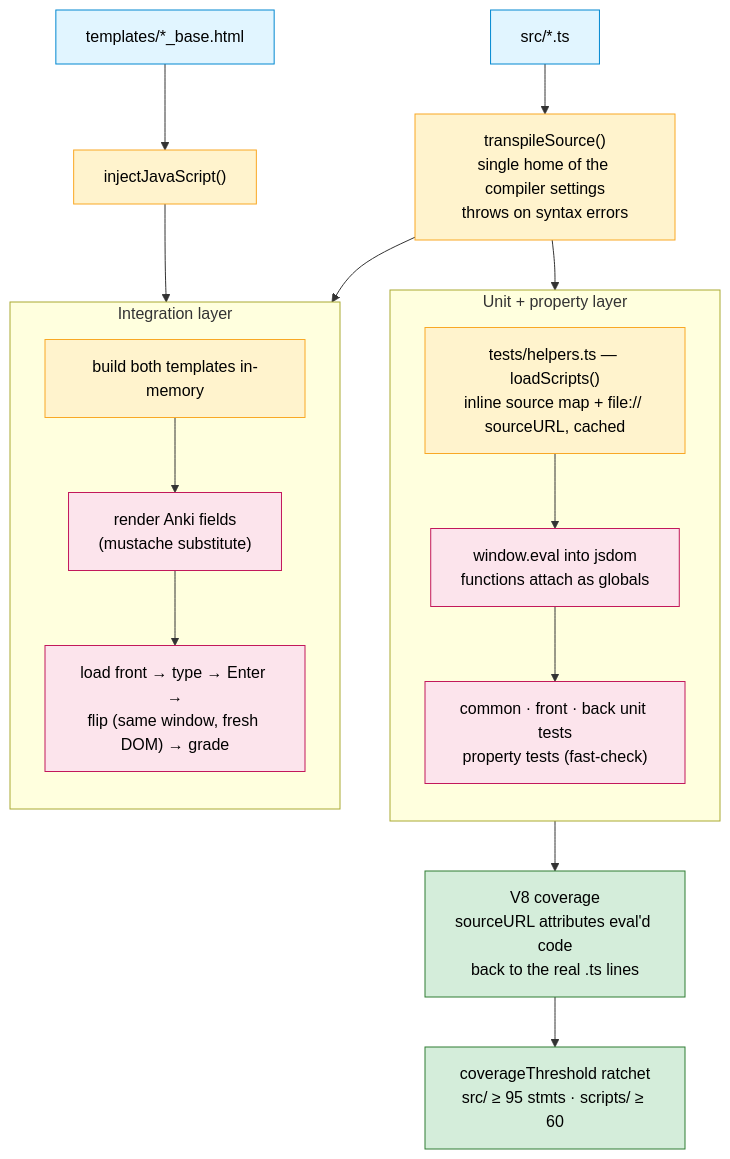
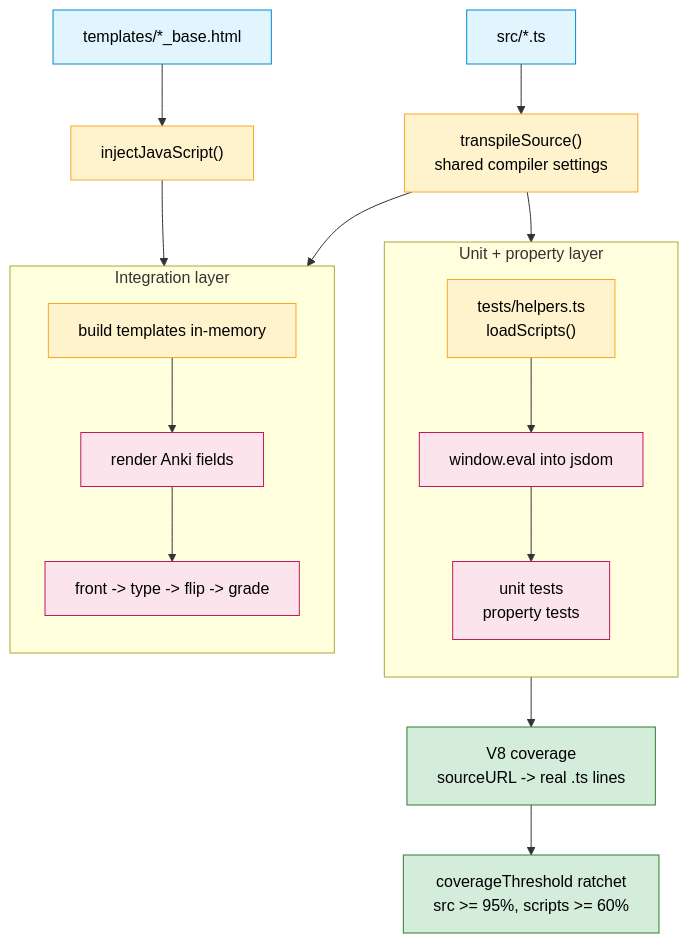
One commit to muhsinali/anki_templates changed the first of 2 diagrams in documentation/architecture-diagrams/07-test-and-ci.md. Above: the diagram before and after it, drawn with Mermaid. The commit also changed other lines of this file and 16 other files, not shown here.

````diff
--- a/documentation/architecture-diagrams/07-test-and-ci.md
+++ b/documentation/architecture-diagrams/07-test-and-ci.md
@@ -16,41 +16,48 @@
 ```mermaid
 flowchart TB
-    SRC["src/*.ts"]
-    TS["transpileSource()<br/>single home of the compiler settings<br/>throws on syntax errors"]
-    INJ["injectJavaScript()"]
-    BASE["templates/*_base.html"]
+    source_files["src/*.ts"]
+    transpiler["transpileSource()<br/>shared compiler settings"]
+    injector["injectJavaScript()"]
+    base_templates["templates/*_base.html"]
 
-    subgraph unit["Unit + property layer"]
+    subgraph unit_layer["Unit + property layer"]
         direction TB
-        HELP["tests/helpers.ts — loadScripts()<br/>inline source map + file:// sourceURL, cached"]
-        EVAL["window.eval into jsdom<br/>functions attach as globals"]
-        UT["common · front · back unit tests<br/>property tests (fast-check)"]
-        HELP --> EVAL --> UT
+        helper["tests/helpers.ts<br/>loadScripts()"]
+        eval_step["window.eval into jsdom"]
+        unit_tests["unit tests<br/>property tests"]
+
+        helper --> eval_step
+        eval_step --> unit_tests
     end
 
-    subgraph integ["Integration layer"]
+    subgraph integration_layer["Integration layer"]
         direction TB
-        MEM["build both templates in-memory"]
-        RENDER["render Anki fields<br/>(mustache substitute)"]
-        JOURNEY["load front → type → Enter →<br/>flip (same window, fresh DOM) → grade"]
-        MEM --> RENDER --> JOURNEY
+        memory_build["build templates in-memory"]
+        field_render["render Anki fields"]
+        card_journey["front -> type -> flip -> grade"]
+
+        memory_build --> field_render
+        field_render --> card_journey
     end
 
-    SRC --> TS
-    TS --> HELP
-    TS --> MEM
-    BASE --> INJ
-    INJ --> MEM
+    %% Both test layers use the build script's compiler settings.
+    source_files --> transpiler
+    transpiler --> helper
+    transpiler --> memory_build
+    base_templates --> injector
+    injector --> memory_build
 
-    UT --> COV["V8 coverage<br/>sourceURL attributes eval'd code<br/>back to the real .ts lines"]
-    COV --> GATE["coverageThreshold ratchet<br/>src/ ≥ 95 stmts · scripts/ ≥ 60"]
+    %% Coverage maps eval'd code back to the real TypeScript files.
+    unit_tests --> coverage["V8 coverage<br/>sourceURL -> real .ts lines"]
+    coverage --> threshold["coverageThreshold ratchet<br/>src >= 95%, scripts >= 60%"]
 
-    classDef in fill:#e1f5ff,stroke:#0288d1,color:#000;
-    classDef mid fill:#fff3cd,stroke:#f9a825,color:#000;
+    classDef input fill:#e1f5ff,stroke:#0288d1,color:#000;
+    classDef transform fill:#fff3cd,stroke:#f9a825,color:#000;
     classDef test fill:#fce4ec,stroke:#c2185b,color:#000;
-    classDef out fill:#d4edda,stroke:#2e7d32,color:#000;
-    class SRC,BASE in;
-    class TS,INJ,HELP,MEM mid;
-    class EVAL,UT,RENDER,JOURNEY test;
-    class COV,GATE out;
+    classDef gate fill:#d4edda,stroke:#2e7d32,color:#000;
+
+    class source_files,base_templates input;
+    class transpiler,injector,helper,memory_build transform;
+    class eval_step,unit_tests,field_render,card_journey test;
+    class coverage,threshold gate;
 ```
````
